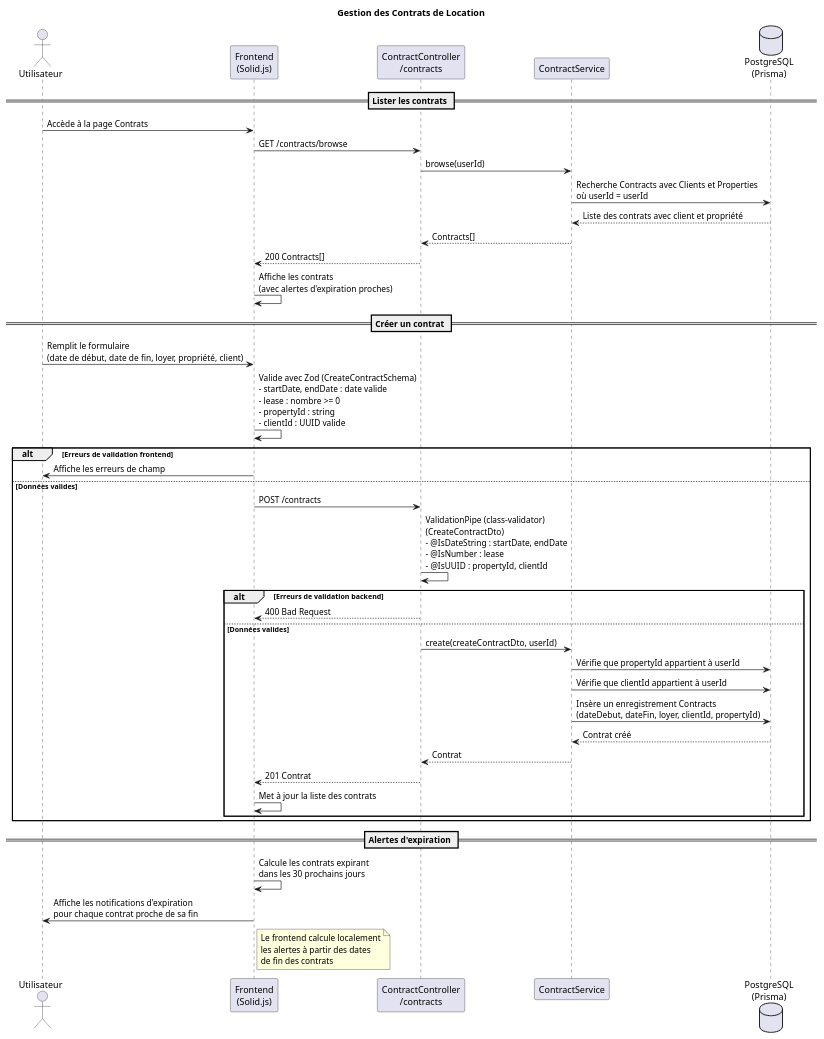
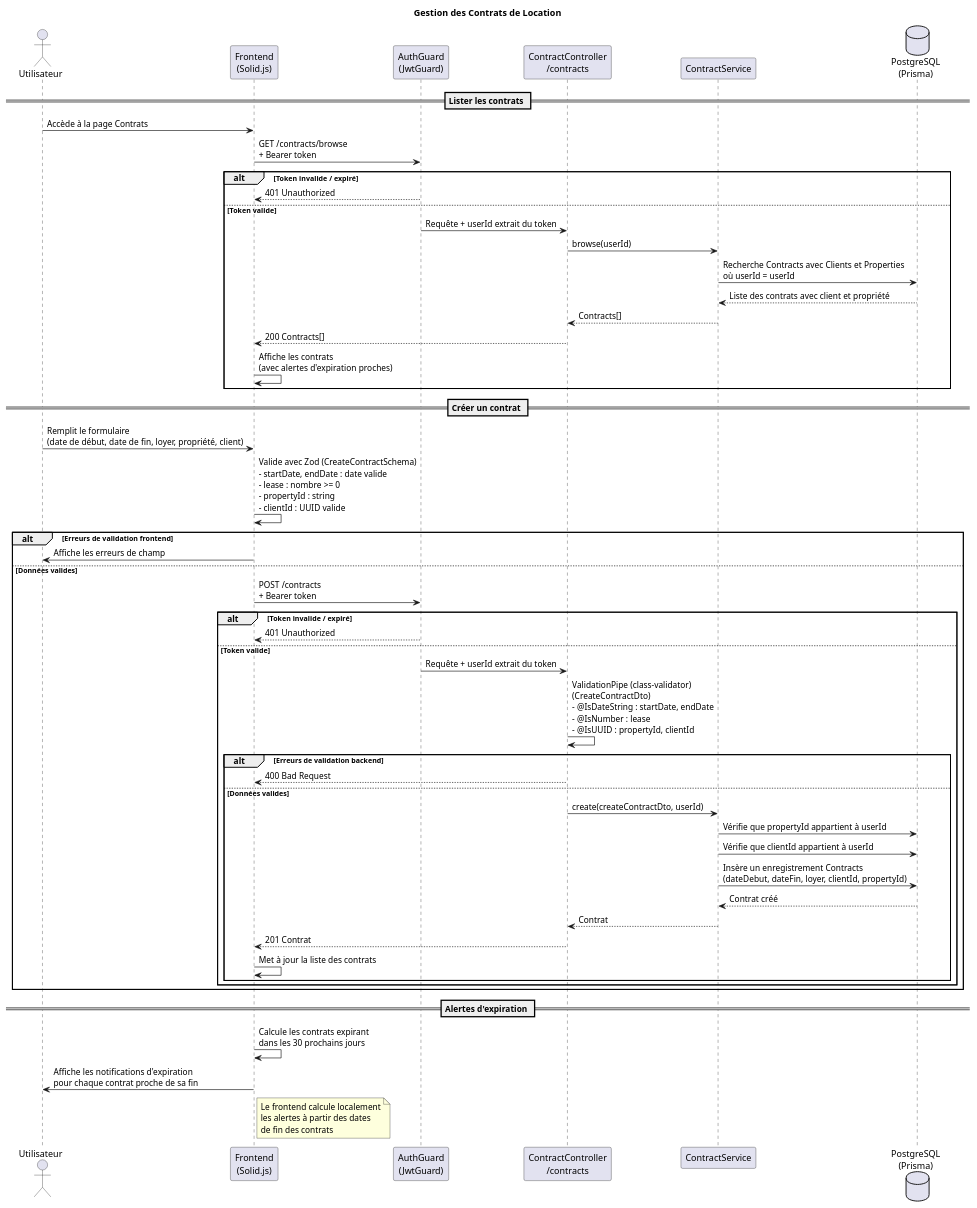
One commit to Quentindrms/proprieto changed the diagram in docs/diagram/sequence/gestion-contrats.puml. Above: the diagram before and after it, drawn with PlantUML. The commit also changed 8 other files, not shown here.

Commit message:
docs(diagrams): add JWT authentication flow to sequence diagrams

```diff
--- a/docs/diagram/sequence/gestion-contrats.puml
+++ b/docs/diagram/sequence/gestion-contrats.puml
@@ -1,53 +1,65 @@
 @startuml GestionContrats
+!pragma layout smetana
 
 title Gestion des Contrats de Location
 
 actor Utilisateur
 participant "Frontend\n(Solid.js)" as FE
+participant "AuthGuard\n(JwtGuard)" as AG
 participant "ContractController\n/contracts" as CC
 participant "ContractService" as CS
 database "PostgreSQL\n(Prisma)" as DB
 
 == Lister les contrats ==
 Utilisateur -> FE: Accède à la page Contrats
-FE -> CC: GET /contracts/browse
-CC -> CS: browse(userId)
-CS -> DB: Recherche Contracts avec Clients et Properties\noù userId = userId
-DB --> CS: Liste des contrats avec client et propriété
-CS --> CC: Contracts[]
-CC --> FE: 200 Contracts[]
-FE -> FE: Affiche les contrats\n(avec alertes d'expiration proches)
+FE -> AG: GET /contracts/browse\n+ Bearer token
+alt Token invalide / expiré
+    AG --> FE: 401 Unauthorized
+else Token valide
+    AG -> CC: Requête + userId extrait du token
+    CC -> CS: browse(userId)
+    CS -> DB: Recherche Contracts avec Clients et Properties\noù userId = userId
+    DB --> CS: Liste des contrats avec client et propriété
+    CS --> CC: Contracts[]
+    CC --> FE: 200 Contracts[]
+    FE -> FE: Affiche les contrats\n(avec alertes d'expiration proches)
+end
 
 == Créer un contrat ==
 Utilisateur -> FE: Remplit le formulaire\n(date de début, date de fin, loyer, propriété, client)
 FE -> FE: Valide avec Zod (CreateContractSchema)\n- startDate, endDate : date valide\n- lease : nombre >= 0\n- propertyId : string\n- clientId : UUID valide
 alt Erreurs de validation frontend
     FE -> Utilisateur: Affiche les erreurs de champ
 else Données valides
-    FE -> CC: POST /contracts
-    CC -> CC: ValidationPipe (class-validator)\n(CreateContractDto)\n- @IsDateString : startDate, endDate\n- @IsNumber : lease\n- @IsUUID : propertyId, clientId
-    alt Erreurs de validation backend
-        CC --> FE: 400 Bad Request
-    else Données valides
-        CC -> CS: create(createContractDto, userId)
-        CS -> DB: Vérifie que propertyId appartient à userId
-        CS -> DB: Vérifie que clientId appartient à userId
-        CS -> DB: Insère un enregistrement Contracts\n(dateDebut, dateFin, loyer, clientId, propertyId)
-        DB --> CS: Contrat créé
-        CS --> CC: Contrat
-        CC --> FE: 201 Contrat
-        FE -> FE: Met à jour la liste des contrats
+    FE -> AG: POST /contracts\n+ Bearer token
+    alt Token invalide / expiré
+        AG --> FE: 401 Unauthorized
+    else Token valide
+        AG -> CC: Requête + userId extrait du token
+        CC -> CC: ValidationPipe (class-validator)\n(CreateContractDto)\n- @IsDateString : startDate, endDate\n- @IsNumber : lease\n- @IsUUID : propertyId, clientId
+        alt Erreurs de validation backend
+            CC --> FE: 400 Bad Request
+        else Données valides
+            CC -> CS: create(createContractDto, userId)
+            CS -> DB: Vérifie que propertyId appartient à userId
+            CS -> DB: Vérifie que clientId appartient à userId
+            CS -> DB: Insère un enregistrement Contracts\n(dateDebut, dateFin, loyer, clientId, propertyId)
+            DB --> CS: Contrat créé
+            CS --> CC: Contrat
+            CC --> FE: 201 Contrat
+            FE -> FE: Met à jour la liste des contrats
+        end
     end
 end
 
 == Alertes d'expiration ==
 FE -> FE: Calcule les contrats expirant\ndans les 30 prochains jours
 FE -> Utilisateur: Affiche les notifications d'expiration\npour chaque contrat proche de sa fin
 
 note right of FE
   Le frontend calcule localement
   les alertes à partir des dates
   de fin des contrats
 end note
 
 @enduml
```
